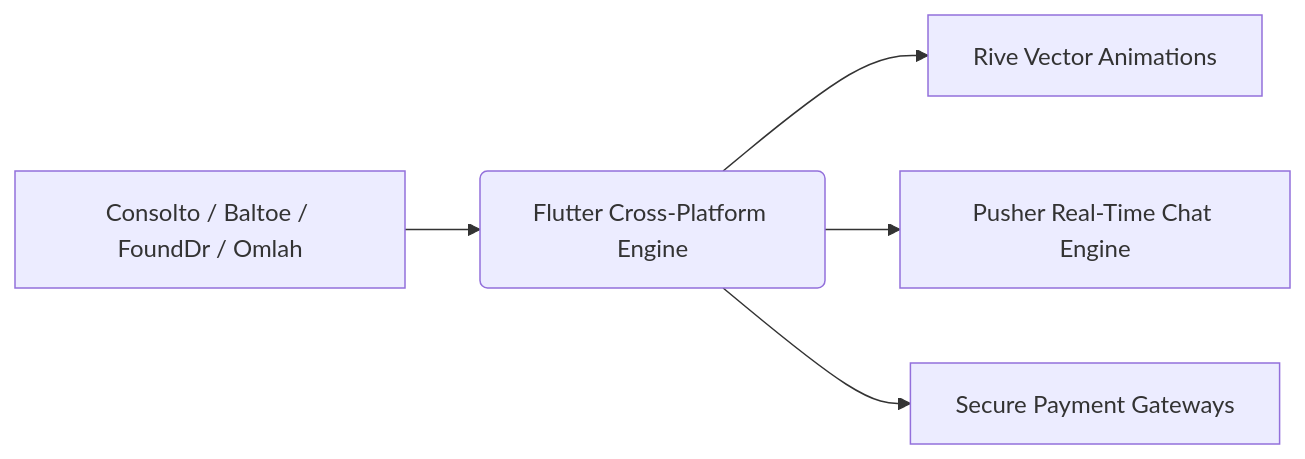
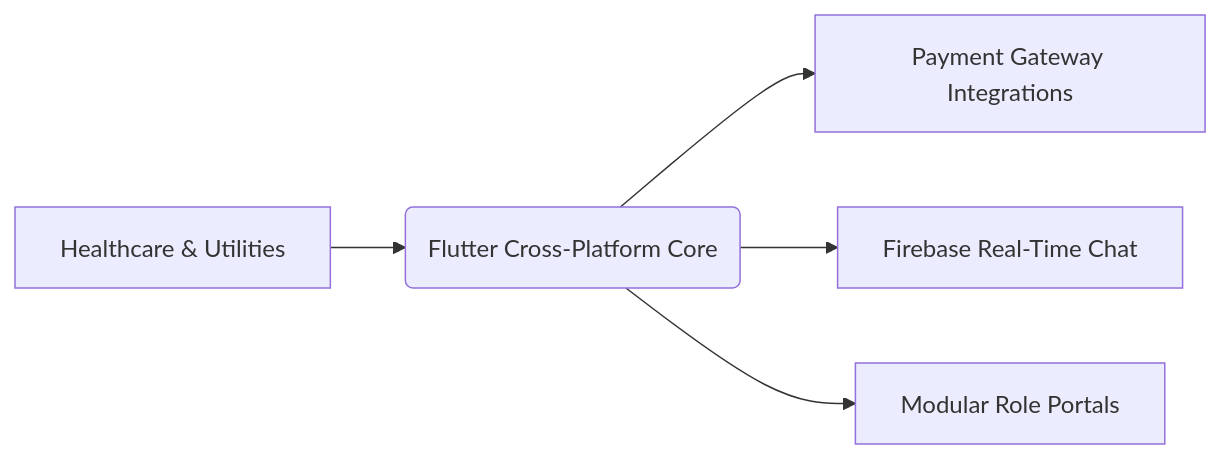
The sixth of 6 diagrams in README.md (AhmedNasser7797/AhmedNasser7797), drawn with Mermaid before and after one commit. The commit also changed other lines of this file, not shown here.

````diff
--- a/README.md
+++ b/README.md
@@ -112,7 +136,7 @@
 ```mermaid
 graph LR
-    A[Consolto / Baltoe / FoundDr / Omlah] --> B(Flutter Cross-Platform Engine)
-    B --> C[Rive Vector Animations]
-    B --> D[Pusher Real-Time Chat Engine]
-    B --> E[Secure Payment Gateways]
+    A[Healthcare & Utilities] --> B(Flutter Cross-Platform Core)
+    B --> C[Payment Gateway Integrations]
+    B --> D[Firebase Real-Time Chat]
+    B --> E[Modular Role Portals]
 ```
````
